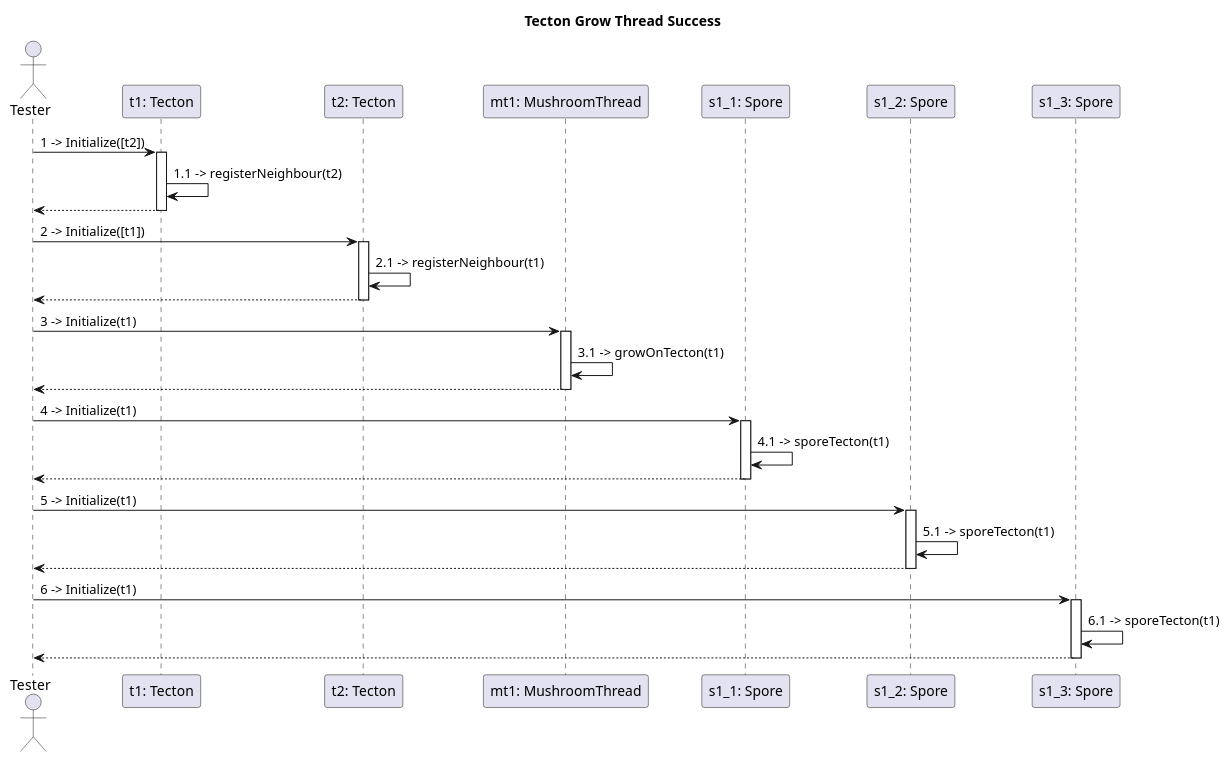
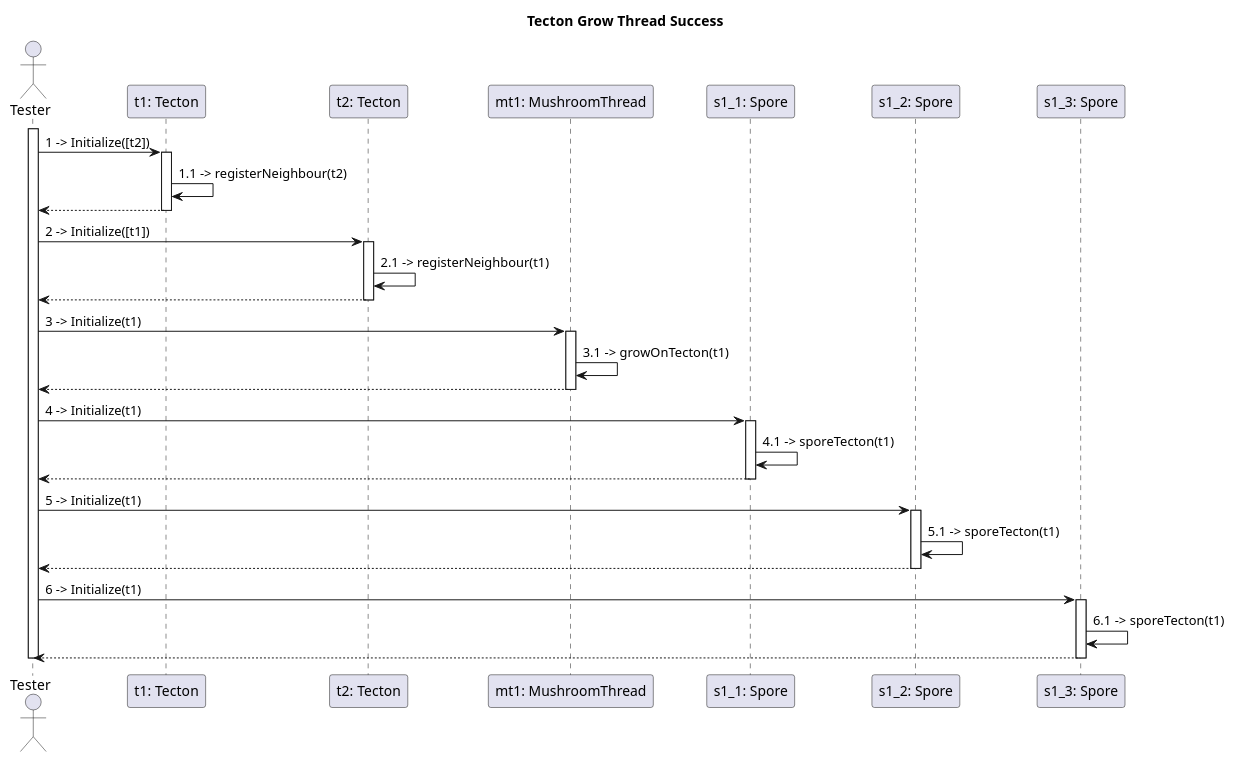
One commit to dzsem/projlab changed the diagram in diagrams/communication/tecton3_1.puml. Above: the diagram before and after it, drawn with PlantUML.

Commit message:
Add lifeline to tester

```diff
--- a/diagrams/communication/tecton3_1.puml
+++ b/diagrams/communication/tecton3_1.puml
@@ -4,77 +4,80 @@
 @startuml communicationTecton3_1
 
 title Tecton Grow Thread Success
 
 actor "Tester" as ts
 participant "t1: Tecton" as t1 
 participant "t2: Tecton" as t2
 
 participant "mt1: MushroomThread" as mt1
 
 participant "s1_1: Spore" as s1_1
 participant "s1_2: Spore" as s1_2
 participant "s1_3: Spore" as s1_3
+
+activate ts
 
 ts -> t1: 1 -> Initialize([t2])
 activate t1
 
 	t1 -> t1: 1.1 -> registerNeighbour(t2)
 
 ts <-- t1
 deactivate t1
 
 ts -> t2: 2 -> Initialize([t1])
 activate t2
 
 t2 -> t2: 2.1 -> registerNeighbour(t1)
 
 ts <-- t2
 deactivate t2
 
 ts -> mt1: 3 -> Initialize(t1)
 activate mt1
 	' tecton beállítás
 	' growOnTecton() blackboxolja, hogy a Tecton MushroomThreadjei közé is felveszi magát
 	mt1 -> mt1: 3.1 -> growOnTecton(t1)
 
 ts <-- mt1
 deactivate mt1
 
 
 ' ------------------------------------------
 ' s1_1: t1-en
 ts -> s1_1: 4 -> Initialize(t1)
 activate s1_1
 
 ' sporeTecton blackboxolja, hogy a Tectonon hozzáadja magát a MushroomSporeok közé
 s1_1 -> s1_1: 4.1 -> sporeTecton(t1)
 
 ts <-- s1_1
 deactivate s1_1
 
 
 ' ------------------------------------------
 ' s1_2: t1-en
 ts -> s1_2: 5 -> Initialize(t1)
 activate s1_2
 
 ' sporeTecton blackboxolja, hogy a Tectonon hozzáadja magát a MushroomSporeok közé
 s1_2 -> s1_2: 5.1 -> sporeTecton(t1)
 
 ts <-- s1_2
 deactivate s1_2
 
 
 ' ------------------------------------------
 ' s1_3: t1-en
 ts -> s1_3: 6 -> Initialize(t1)
 activate s1_3
 
 ' sporeTecton blackboxolja, hogy a Tectonon hozzáadja magát a MushroomSporeok közé
 s1_3 -> s1_3: 6.1 -> sporeTecton(t1)
 
 ts <-- s1_3
 deactivate s1_3
 
+deactivate ts
 
 @enduml
```
